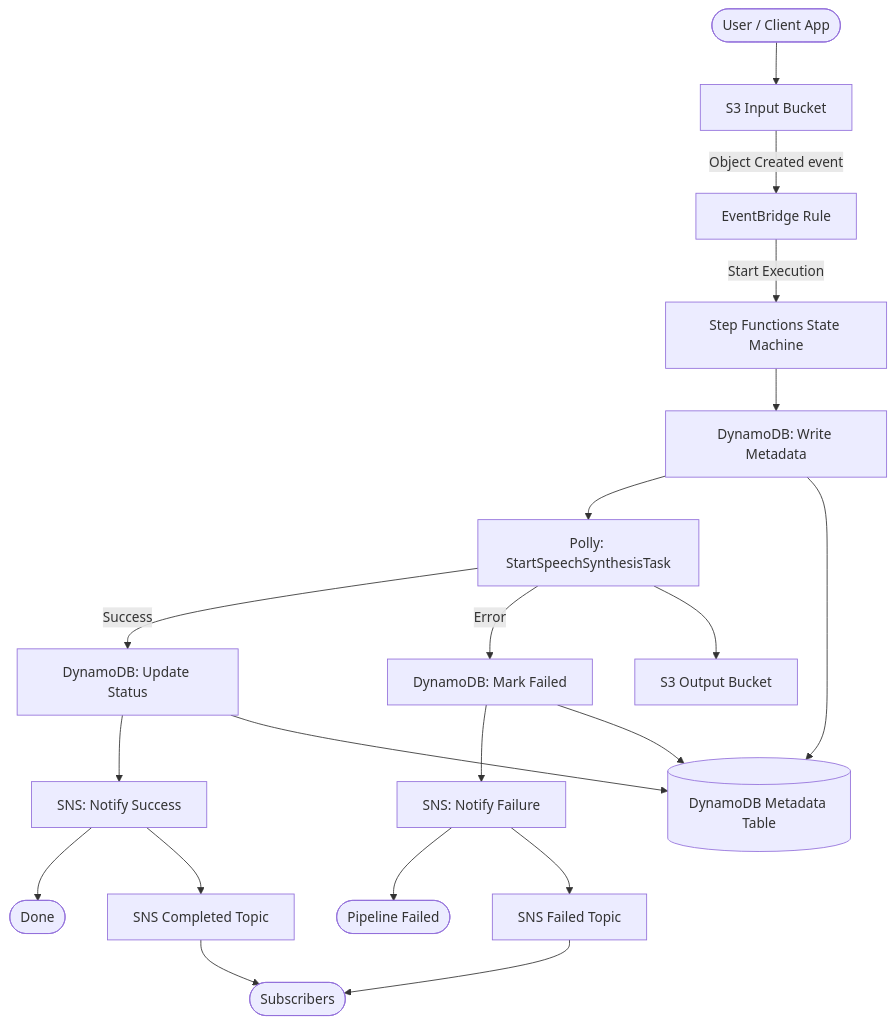
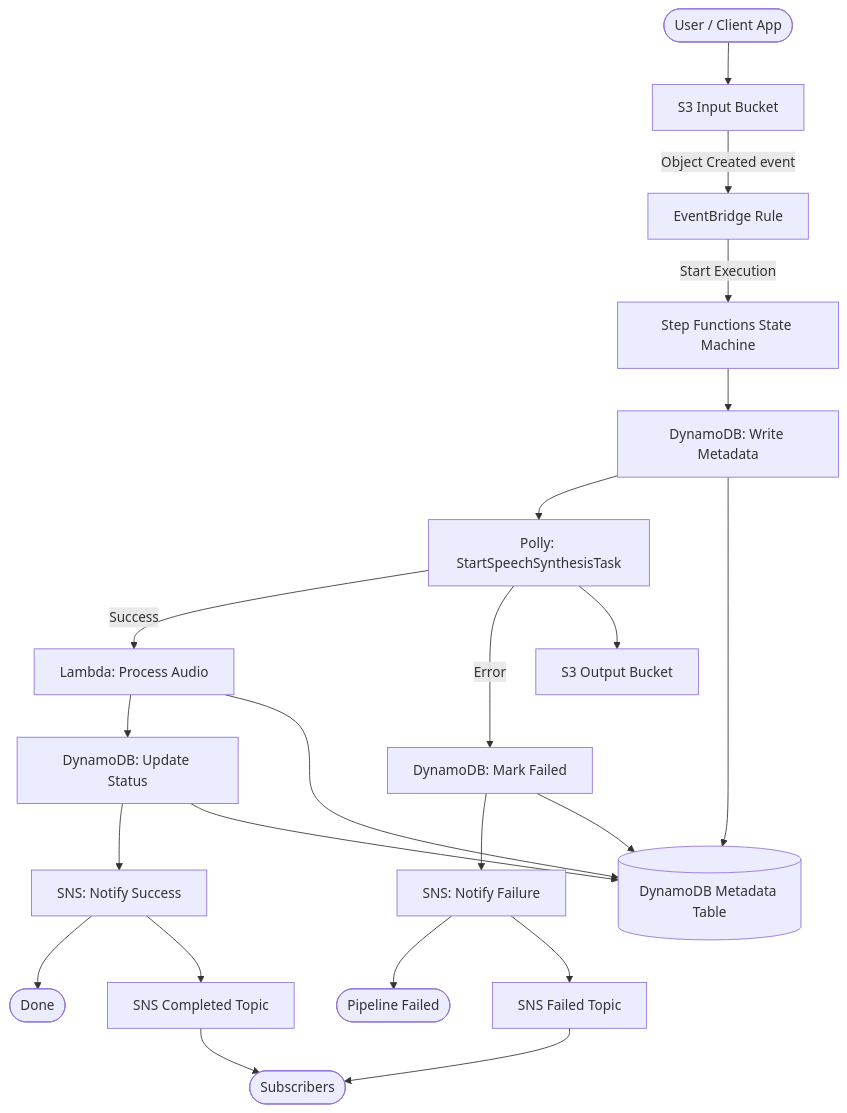
Before and after one commit to obstreperous-ai/cdk-sleep-ts-kiro: the first of 2 diagrams in ARCHITECTURE.md, drawn with Mermaid. The commit also changed other lines of this file and 7 other files, not shown here.

````diff
--- a/ARCHITECTURE.md
+++ b/ARCHITECTURE.md
@@ -22,22 +23,24 @@
 ```mermaid
 flowchart TD
     User([User / Client App]) --> S3Input[S3 Input Bucket]
     S3Input -->|Object Created event| EB[EventBridge Rule]
     EB -->|Start Execution| SFN[Step Functions State Machine]
     SFN --> WriteMetadata[DynamoDB: Write Metadata]
     WriteMetadata --> PollyTask[Polly: StartSpeechSynthesisTask]
-    PollyTask -->|Success| UpdateStatus[DynamoDB: Update Status]
+    PollyTask -->|Success| ProcessAudio[Lambda: Process Audio]
     PollyTask -->|Error| MarkFailed[DynamoDB: Mark Failed]
+    ProcessAudio --> UpdateStatus[DynamoDB: Update Status]
     UpdateStatus --> NotifySuccess[SNS: Notify Success]
     NotifySuccess --> Done([Done])
     MarkFailed --> NotifyFailure[SNS: Notify Failure]
     NotifyFailure --> PipelineFailed([Pipeline Failed])
     WriteMetadata --> DDB[(DynamoDB Metadata Table)]
     UpdateStatus --> DDB
     MarkFailed --> DDB
+    ProcessAudio --> DDB
     NotifySuccess --> SNSCompleted[SNS Completed Topic]
     NotifyFailure --> SNSFailed[SNS Failed Topic]
     SNSCompleted --> Subscribers([Subscribers])
     SNSFailed --> Subscribers
     PollyTask --> S3Output[S3 Output Bucket]
 ```
````
